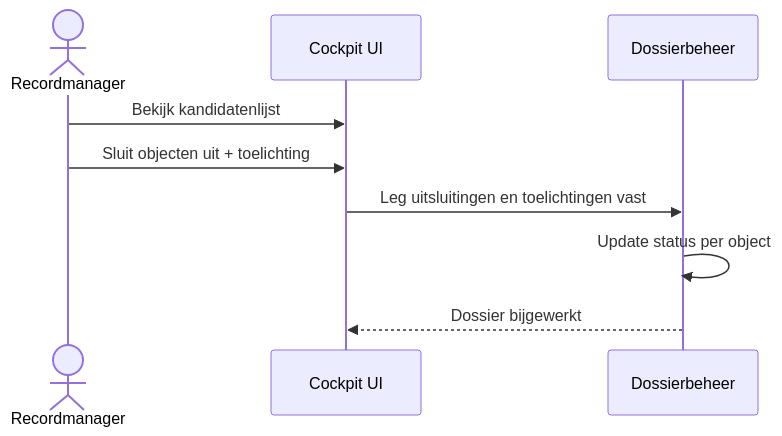
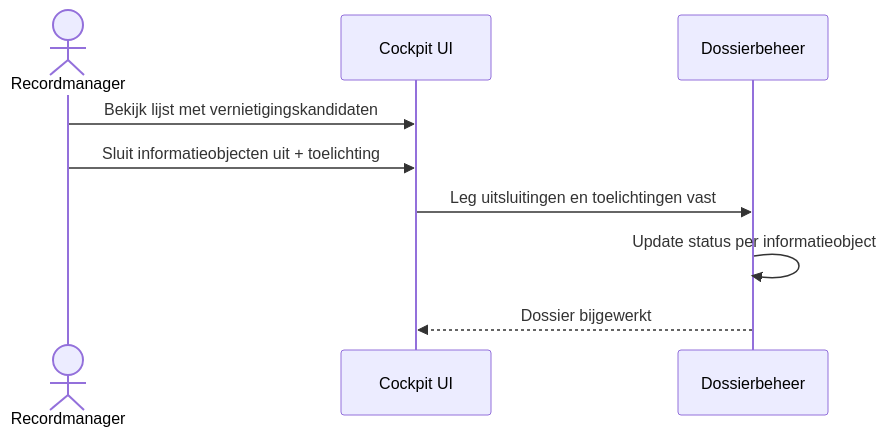
The third of 11 diagrams in architectuur/sequence-diagrammen.md (GemeenteArnhem/Vernietigingscockpit), drawn with Mermaid before and after one commit. The commit also changed other lines of this file and 4 other files, not shown here.

````diff
--- a/architectuur/sequence-diagrammen.md
+++ b/architectuur/sequence-diagrammen.md
@@ -69,12 +80,12 @@
 ```mermaid
 sequenceDiagram
     actor RM as Recordmanager
     participant UI as Cockpit UI
     participant D as Dossierbeheer
 
-    RM ->> UI: Bekijk kandidatenlijst
-    RM ->> UI: Sluit objecten uit + toelichting
+    RM ->> UI: Bekijk lijst met vernietigingskandidaten
+    RM ->> UI: Sluit informatieobjecten uit + toelichting
     UI ->> D: Leg uitsluitingen en toelichtingen vast
-    D ->> D: Update status per object
+    D ->> D: Update status per informatieobject
     D -->> UI: Dossier bijgewerkt
 ```
````
